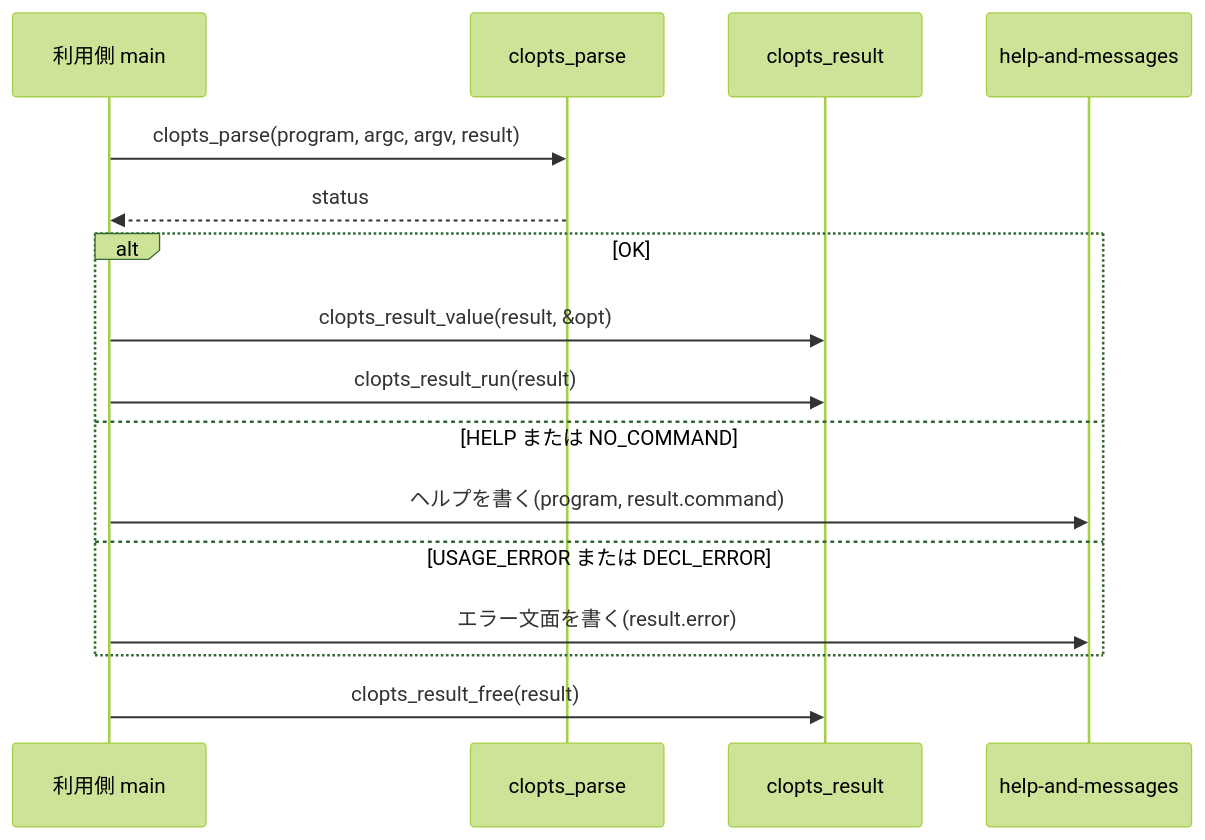
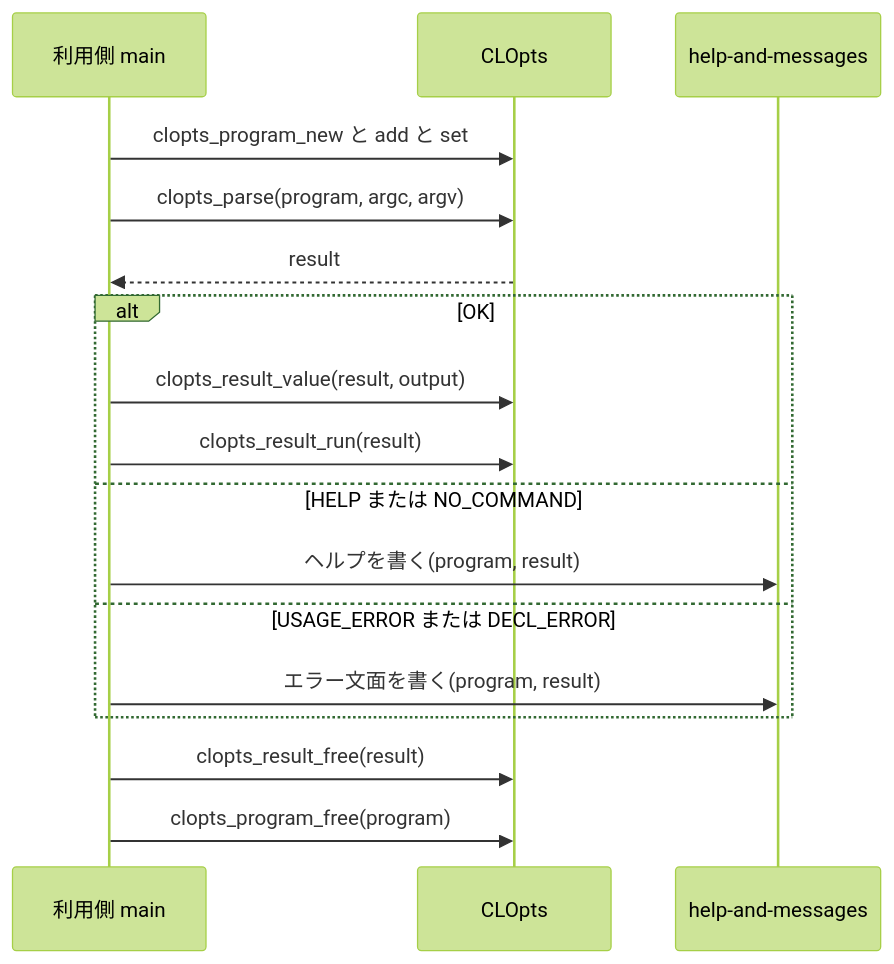
One commit to ktdevx/clopts-private changed the fourth of 5 diagrams in .kiro/specs/core-parser/design.md. Above: the diagram before and after it, drawn with Mermaid (forest theme). The commit also changed other lines of this file and 3 other files, not shown here.

````diff
--- a/.kiro/specs/core-parser/design.md
+++ b/.kiro/specs/core-parser/design.md
@@ -181,18 +215,19 @@
 ```mermaid
 sequenceDiagram
     participant Main as 利用側 main
-    participant Parser as clopts_parse
-    participant Store as clopts_result
+    participant Lib as CLOpts
     participant Help as help-and-messages
-    Main->>Parser: clopts_parse(program, argc, argv, result)
-    Parser-->>Main: status
+    Main->>Lib: clopts_program_new と add と set
+    Main->>Lib: clopts_parse(program, argc, argv)
+    Lib-->>Main: result
     alt OK
-        Main->>Store: clopts_result_value(result, &opt)
-        Main->>Store: clopts_result_run(result)
+        Main->>Lib: clopts_result_value(result, output)
+        Main->>Lib: clopts_result_run(result)
     else HELP または NO_COMMAND
-        Main->>Help: ヘルプを書く(program, result.command)
+        Main->>Help: ヘルプを書く(program, result)
     else USAGE_ERROR または DECL_ERROR
-        Main->>Help: エラー文面を書く(result.error)
+        Main->>Help: エラー文面を書く(program, result)
     end
-    Main->>Store: clopts_result_free(result)
+    Main->>Lib: clopts_result_free(result)
+    Main->>Lib: clopts_program_free(program)
 ```
````
